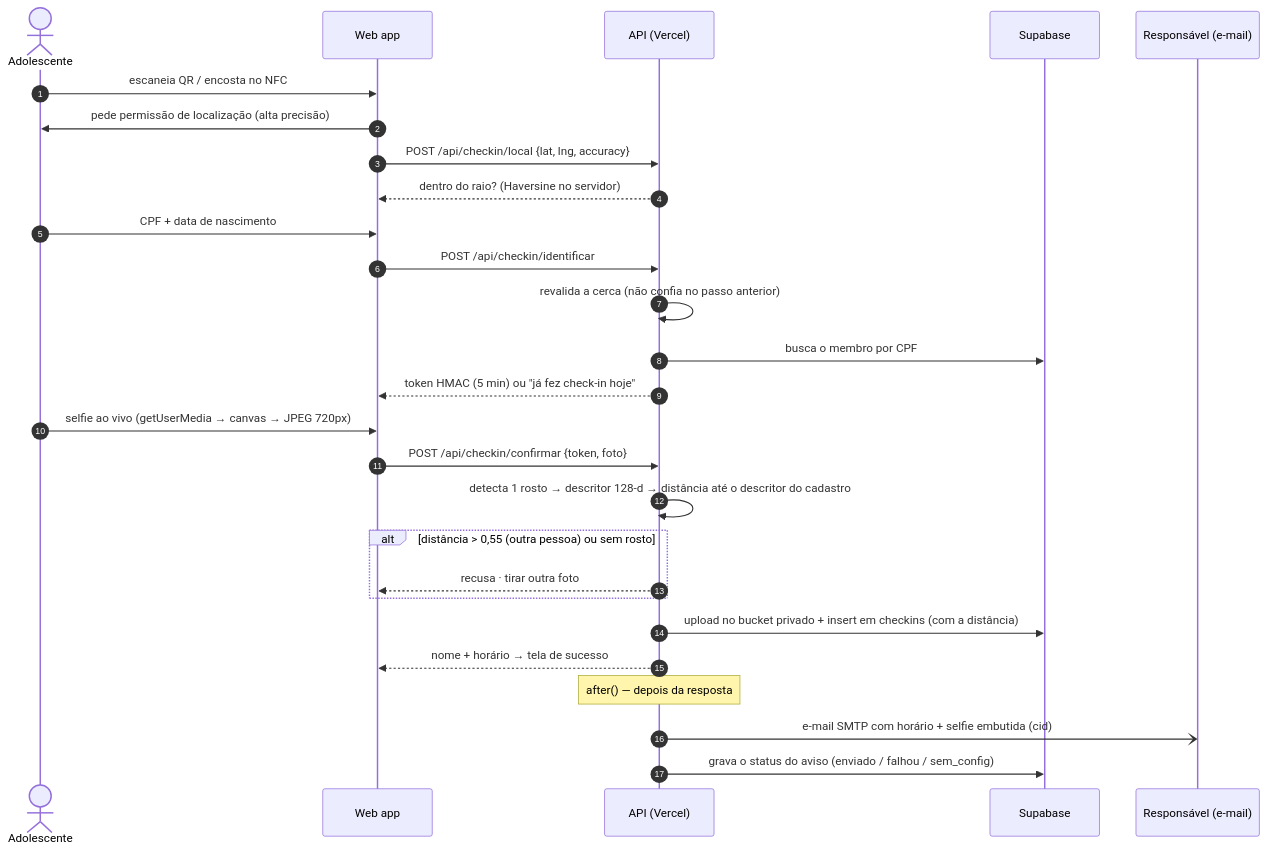
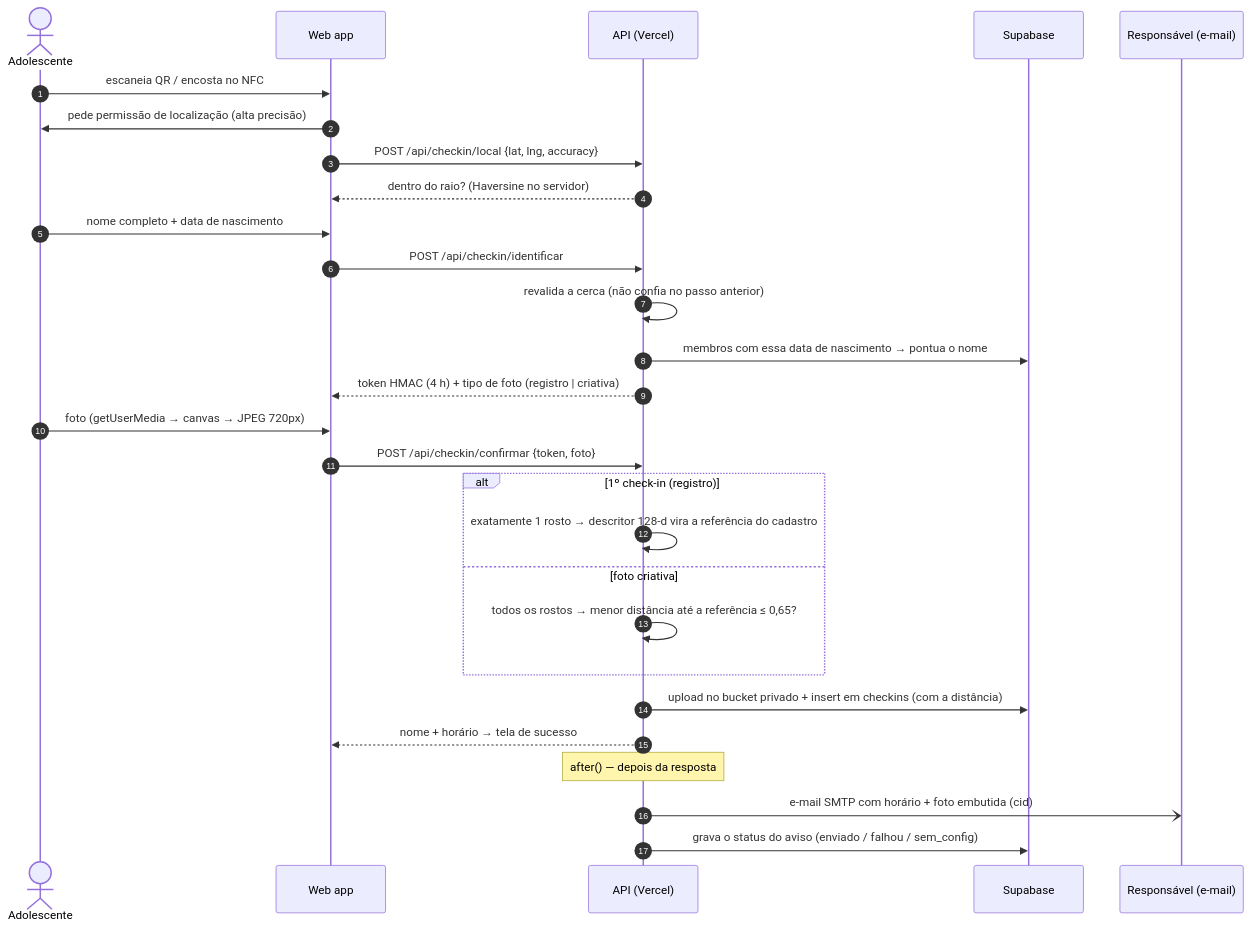
The second of 2 diagrams in README.md (pedroeduardo36/flag-checkin), drawn with Mermaid before and after one commit. The commit also changed other lines of this file and 24 other files, not shown here.

First line of the commit message:
Cadastro pelo responsável, check-in por nome e nascimento, foto criativa e visitantes

````diff
--- a/README.md
+++ b/README.md
@@ -113,30 +124,31 @@
 ```mermaid
 sequenceDiagram
   autonumber
   actor A as Adolescente
   participant W as Web app
   participant S as API (Vercel)
   participant D as Supabase
   participant R as Responsável (e-mail)
 
   A->>W: escaneia QR / encosta no NFC
   W->>A: pede permissão de localização (alta precisão)
   W->>S: POST /api/checkin/local {lat, lng, accuracy}
   S-->>W: dentro do raio? (Haversine no servidor)
-  A->>W: CPF + data de nascimento
+  A->>W: nome completo + data de nascimento
   W->>S: POST /api/checkin/identificar
   S->>S: revalida a cerca (não confia no passo anterior)
-  S->>D: busca o membro por CPF
-  S-->>W: token HMAC (5 min) ou "já fez check-in hoje"
-  A->>W: selfie ao vivo (getUserMedia → canvas → JPEG 720px)
+  S->>D: membros com essa data de nascimento → pontua o nome
+  S-->>W: token HMAC (4 h) + tipo de foto (registro | criativa)
+  A->>W: foto (getUserMedia → canvas → JPEG 720px)
   W->>S: POST /api/checkin/confirmar {token, foto}
-  S->>S: detecta 1 rosto → descritor 128-d → distância até o descritor do cadastro
-  alt distância > 0,55 (outra pessoa) ou sem rosto
-    S-->>W: recusa · tirar outra foto
+  alt 1º check-in (registro)
+    S->>S: exatamente 1 rosto → descritor 128-d vira a referência do cadastro
+  else foto criativa
+    S->>S: todos os rostos → menor distância até a referência ≤ 0,65?
   end
   S->>D: upload no bucket privado + insert em checkins (com a distância)
   S-->>W: nome + horário → tela de sucesso
   Note over S: after() — depois da resposta
-  S-)R: e-mail SMTP com horário + selfie embutida (cid)
+  S-)R: e-mail SMTP com horário + foto embutida (cid)
   S->>D: grava o status do aviso (enviado / falhou / sem_config)
 ```
````
